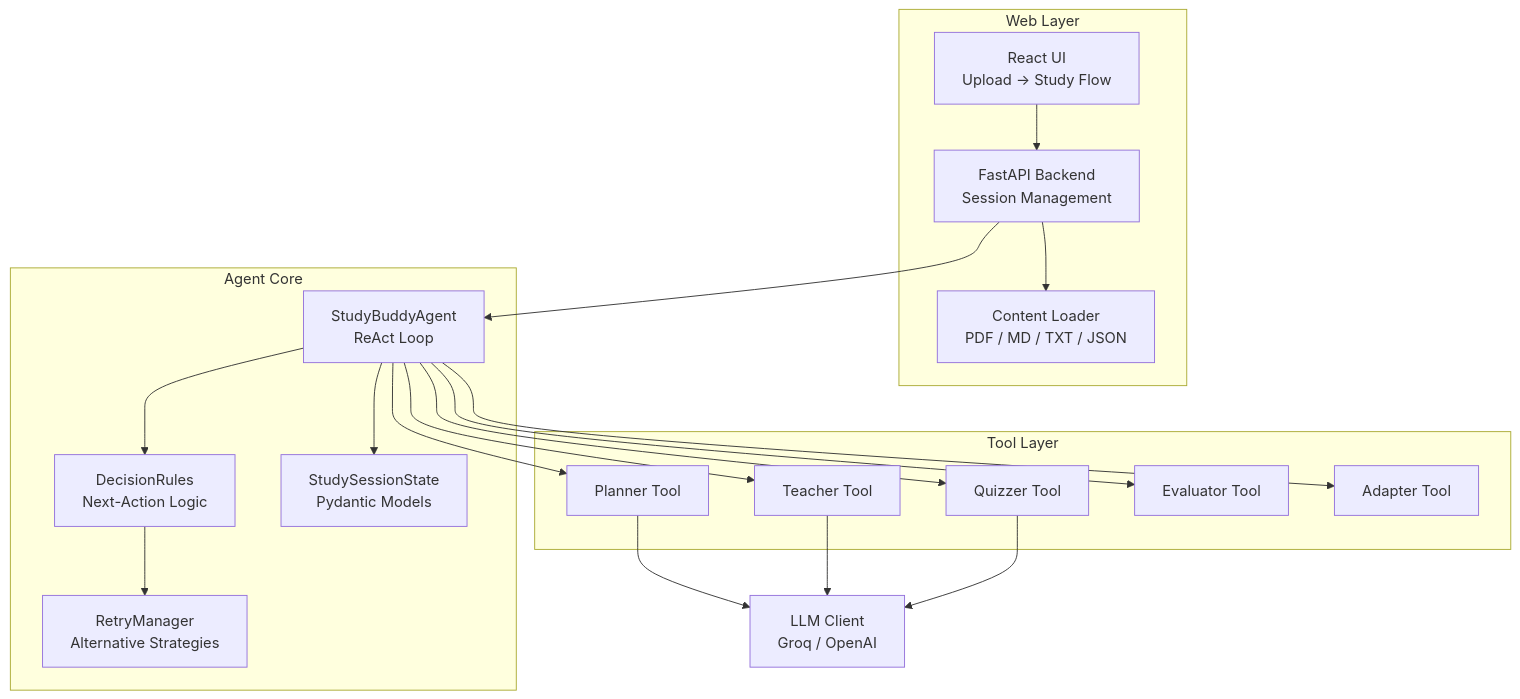
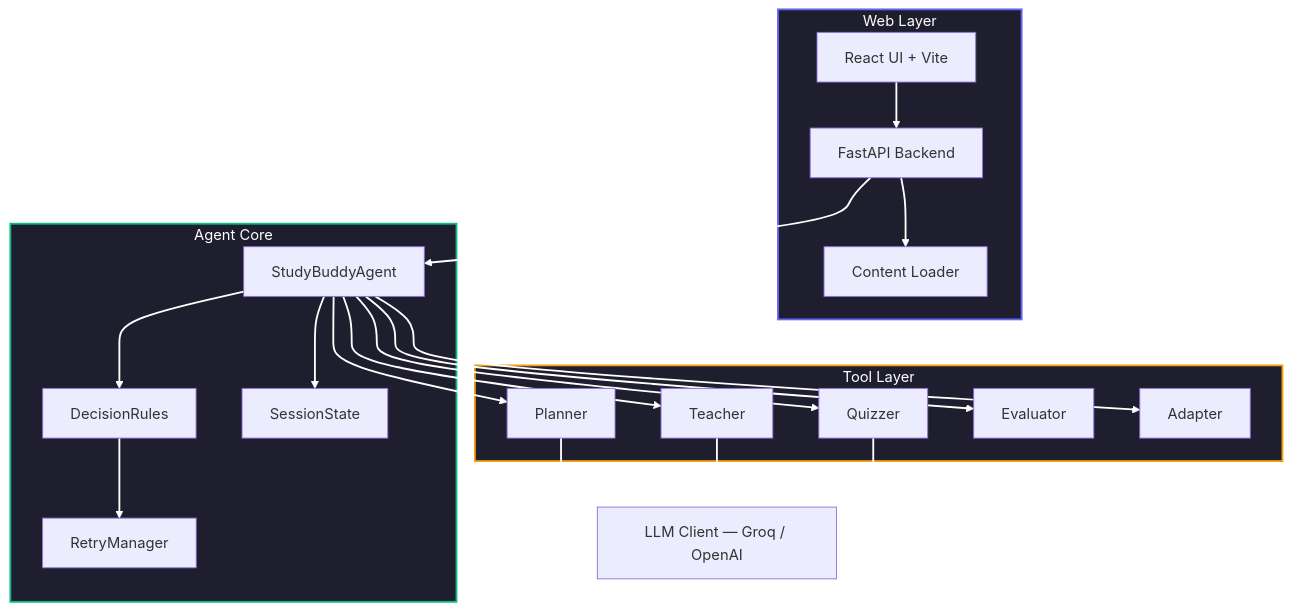
The diagram in README.md (ebinzacharias/ez-agentic-study-buddy), drawn with Mermaid before and after one commit. The commit also changed other lines of this file and 1 other file, not shown here.

````diff
--- a/README.md
+++ b/README.md
@@ -103,34 +105,46 @@
 ```mermaid
-graph TB
-    subgraph Web["Web Layer"]
-        UI[React UI<br/>Upload → Study Flow]
-        API[FastAPI Backend<br/>Session Management]
-        CL[Content Loader<br/>PDF / MD / TXT / JSON]
+flowchart TD
+    style WebLayer fill:#1E1E2F,stroke:#6366F1,stroke-width:2px,color:#FFFFFF
+    style AgentCore fill:#1E1E2F,stroke:#10B981,stroke-width:2px,color:#FFFFFF
+    style ToolLayer fill:#1E1E2F,stroke:#F59E0B,stroke-width:2px,color:#FFFFFF
+
+    linkStyle default stroke:#FFFFFF,stroke-width:2px
+
+    subgraph WebLayer[Web Layer]
+        UI[React UI + Vite]
+        API[FastAPI Backend]
+        CL[Content Loader]
     end
 
-    subgraph Agent["Agent Core"]
-        SA[StudyBuddyAgent<br/>ReAct Loop]
-        DR[DecisionRules<br/>Next-Action Logic]
-        SM[StudySessionState<br/>Pydantic Models]
-        RM[RetryManager<br/>Alternative Strategies]
+    subgraph AgentCore[Agent Core]
+        SA[StudyBuddyAgent]
+        DR[DecisionRules]
+        SM[SessionState]
+        RM[RetryManager]
     end
 
-    subgraph Tools["Tool Layer"]
-        PT[Planner Tool]
-        TT[Teacher Tool]
-        QT[Quizzer Tool]
-        ET[Evaluator Tool]
-        AT[Adapter Tool]
+    subgraph ToolLayer[Tool Layer]
+        PT[Planner]
+        TT[Teacher]
+        QT[Quizzer]
+        ET[Evaluator]
+        AT[Adapter]
     end
 
-    LLM[LLM Client<br/>Groq / OpenAI]
+    LLM[LLM Client — Groq / OpenAI]
 
     UI --> API
     API --> CL
     API --> SA
     SA --> DR
     SA --> SM
     DR --> RM
-    SA --> PT & TT & QT & ET & AT
-    PT & TT & QT --> LLM
+    SA --> PT
+    SA --> TT
+    SA --> QT
+    SA --> ET
+    SA --> AT
+    PT --> LLM
+    TT --> LLM
+    QT --> LLM
 ```
````
